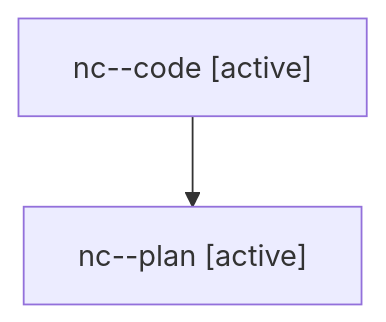
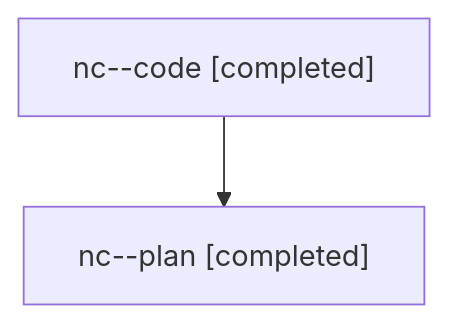
One commit to sase-org/sase--agents changed the diagram in families/bbugyi200.athena.nc.md. Above: the diagram before and after it, drawn with Mermaid. The commit also changed other lines of this file and 740 other files, not shown here.

````diff
--- a/families/bbugyi200.athena.nc.md
+++ b/families/bbugyi200.athena.nc.md
@@ -9,6 +9,6 @@
 ```mermaid
 flowchart TD
-  n0["nc--code [active]"]
-  n1["nc--plan [active]"]
+  n0["nc--code [completed]"]
+  n1["nc--plan [completed]"]
   n0 --> n1
 ```
````
